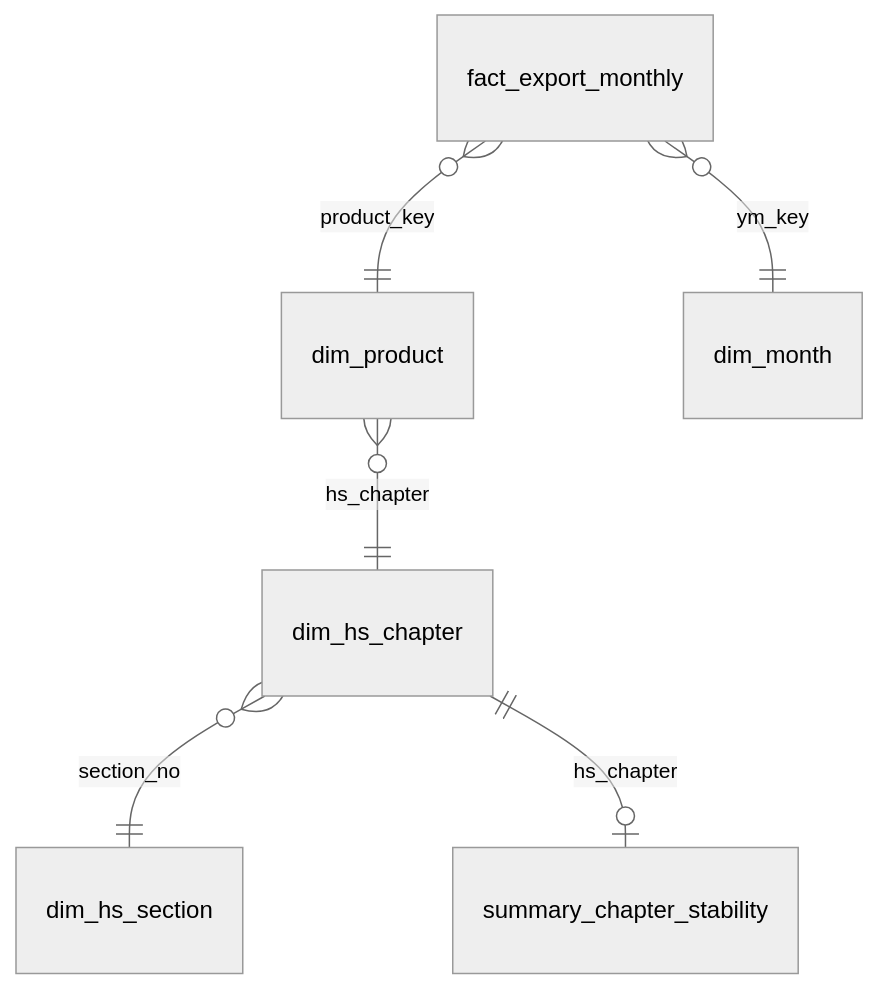
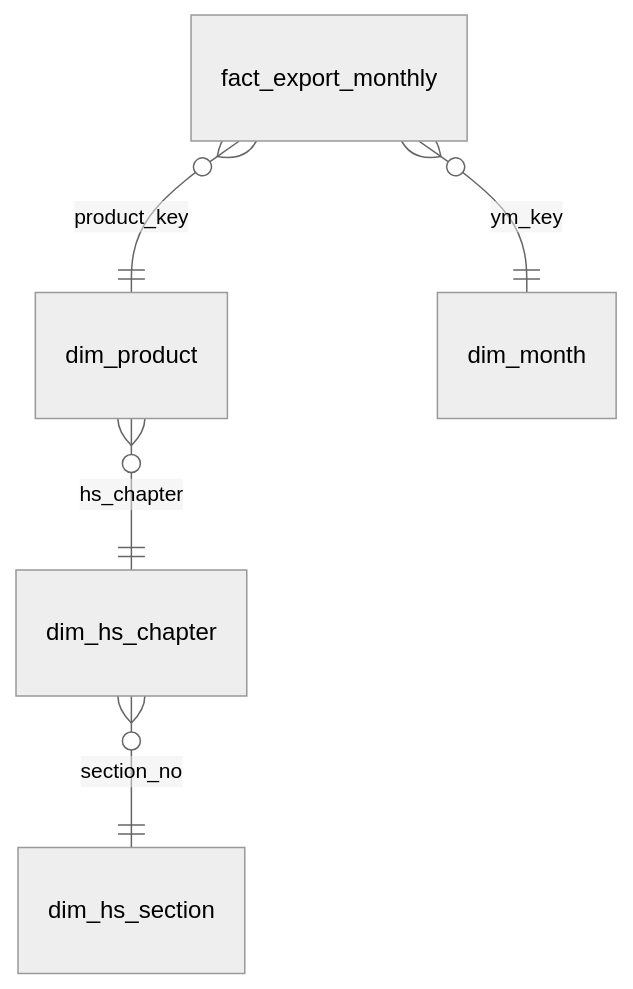
The diagram in README.md (kritzhaw-cmyk/thailand-export-value-analysis-2021), drawn with Mermaid (neutral theme) before and after one commit. The commit also changed other lines of this file, not shown here.

````diff
--- a/README.md
+++ b/README.md
@@ -66,8 +38,7 @@
 ```mermaid
 erDiagram
     fact_export_monthly }o--|| dim_product : product_key
     fact_export_monthly }o--|| dim_month : ym_key
     dim_product }o--|| dim_hs_chapter : hs_chapter
     dim_hs_chapter }o--|| dim_hs_section : section_no
-    dim_hs_chapter ||--o| summary_chapter_stability : hs_chapter
 ```
````
